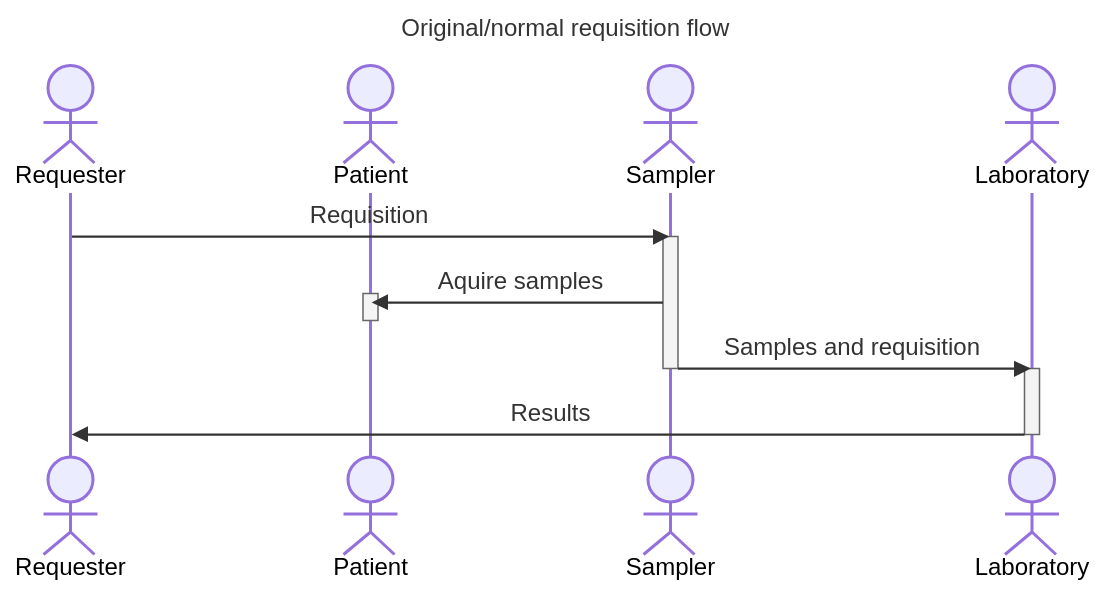
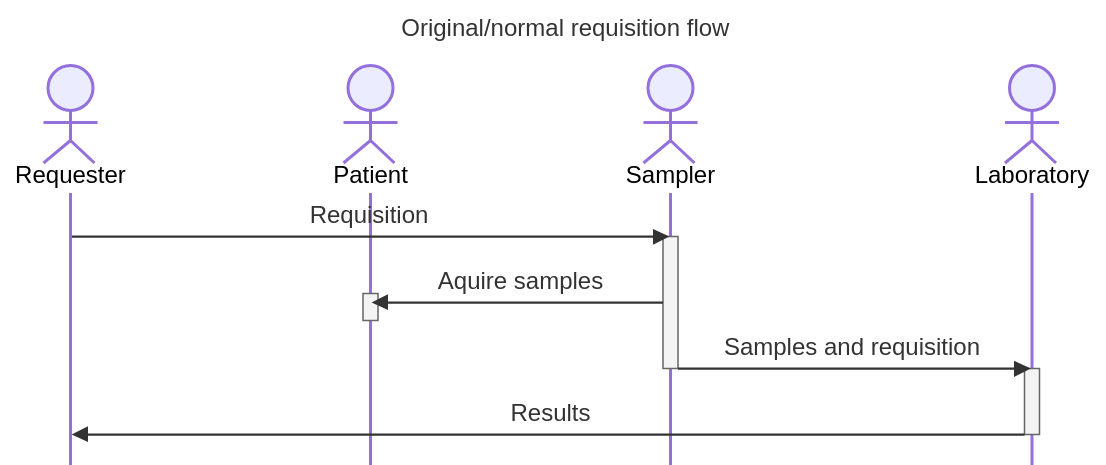
Before and after one commit to HL7Norway/PasientensRekvisisjoner-Parek: the first of 3 diagrams in ParekIG/input/pagecontent/index.md, drawn with Mermaid. The commit also changed other lines of this file, not shown here.

Commit message:
Reintroduce mirrorActor

````diff
--- a/ParekIG/input/pagecontent/index.md
+++ b/ParekIG/input/pagecontent/index.md
@@ -5,21 +5,27 @@
 ```mermaid
 ---
 title: Original/normal requisition flow
 ---
+%%{init: {
+    'sequence': {
+        'mirrorActors':false
+        }
+    }
+}%%
 sequenceDiagram
     actor Requester
     actor Patient
     actor Sampler
     actor Laboratory
 
     Requester->>Sampler: Requisition
     activate Sampler
     Sampler->>Patient: Aquire samples
     activate Patient
     deactivate Patient
     Sampler->>Laboratory: Samples and requisition
     deactivate Sampler
     activate Laboratory
     Laboratory->>Requester: Results
     deactivate Laboratory
 ```
````
